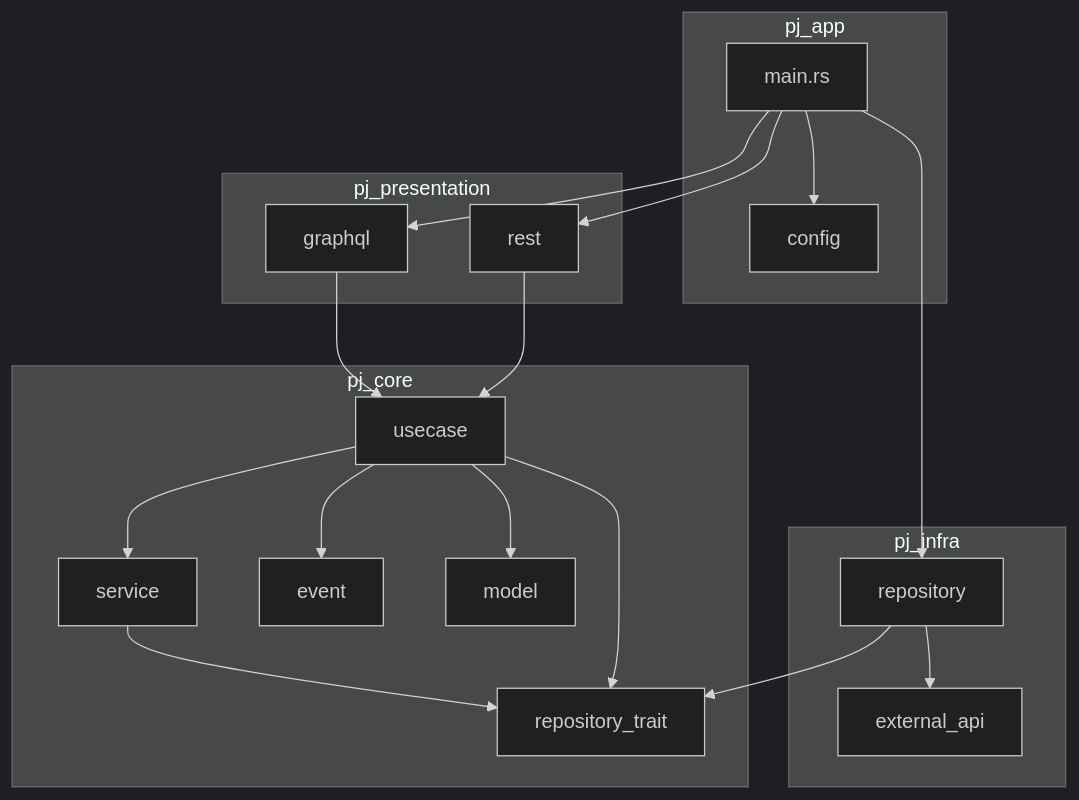
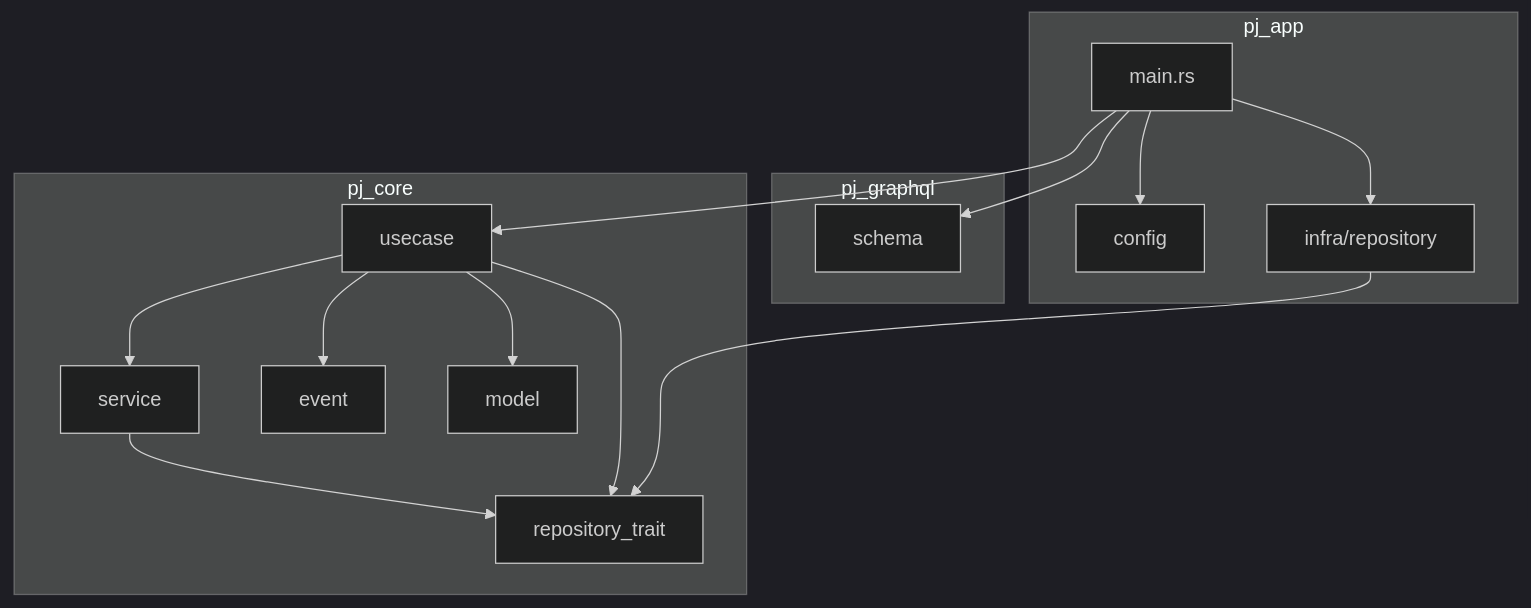
One commit to foolishell/rust-async-graphql-sample changed the third of 3 diagrams in README.md. Above: the diagram before and after it, drawn with Mermaid (dark theme). The commit also changed 22 other files, not shown here.

````diff
--- a/README.md
+++ b/README.md
@@ -50,33 +50,26 @@
 ```mermaid
 graph TD;
     subgraph pj_app
         main.rs --> config;
-        config;
+        main.rs --> infra/repository;
     end
-    subgraph pj_presentation
-        graphql;
-        rest;
+    subgraph pj_graphql
+        schema;
     end
     subgraph pj_core
         usecase;
         service;
         event;
         model;
         repository_trait;
         service-->repository_trait;
     end
-    subgraph pj_infra
-        repository-->external_api;
-    end
 
-    main.rs --> graphql;
-    main.rs --> rest;
-    main.rs --> repository;
-    graphql --> usecase;
-    rest --> usecase;
+    main.rs --> schema;
+    main.rs --> usecase;
     usecase --> service;
     usecase --> repository_trait;
     usecase --> event;
     usecase --> model;
-    repository --> repository_trait;
+    infra/repository --> repository_trait;
 ```
````
